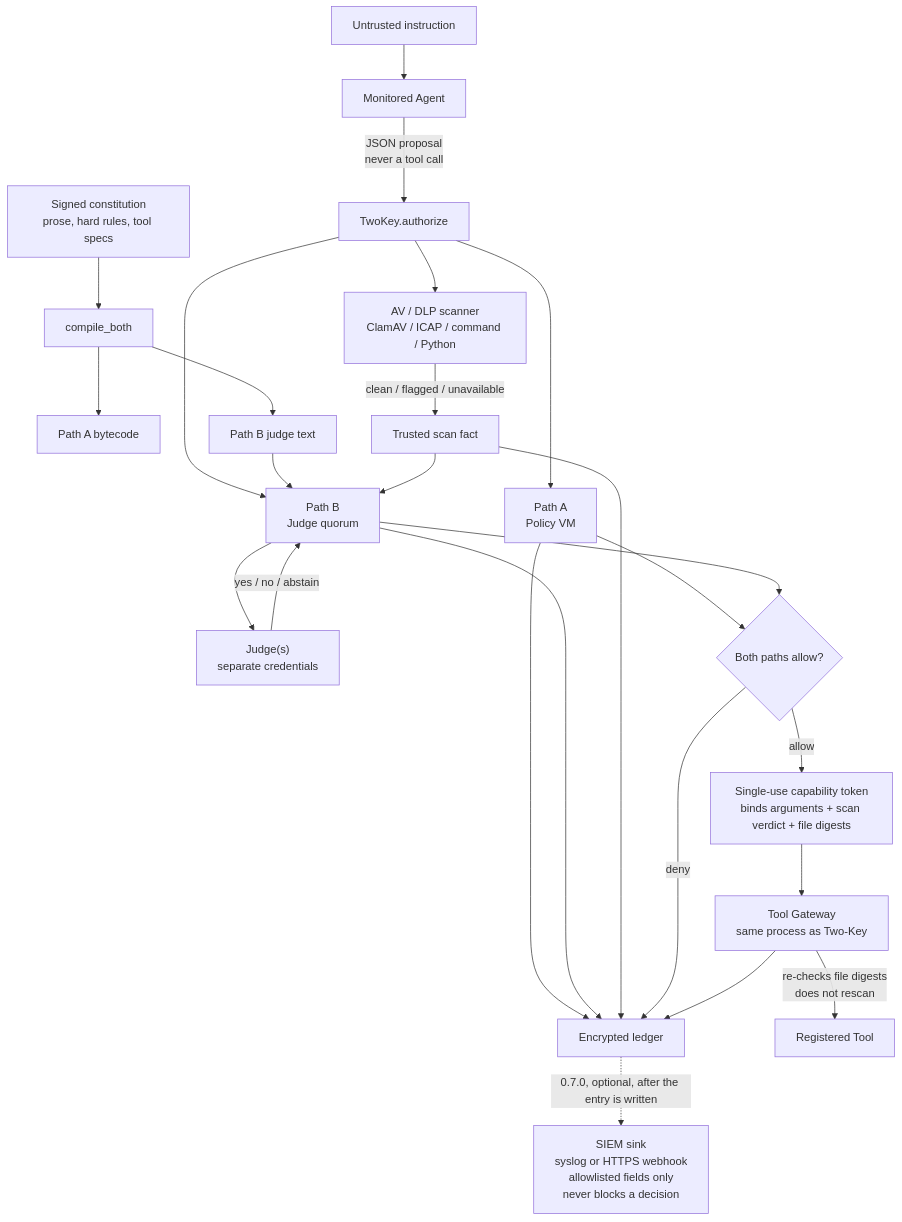
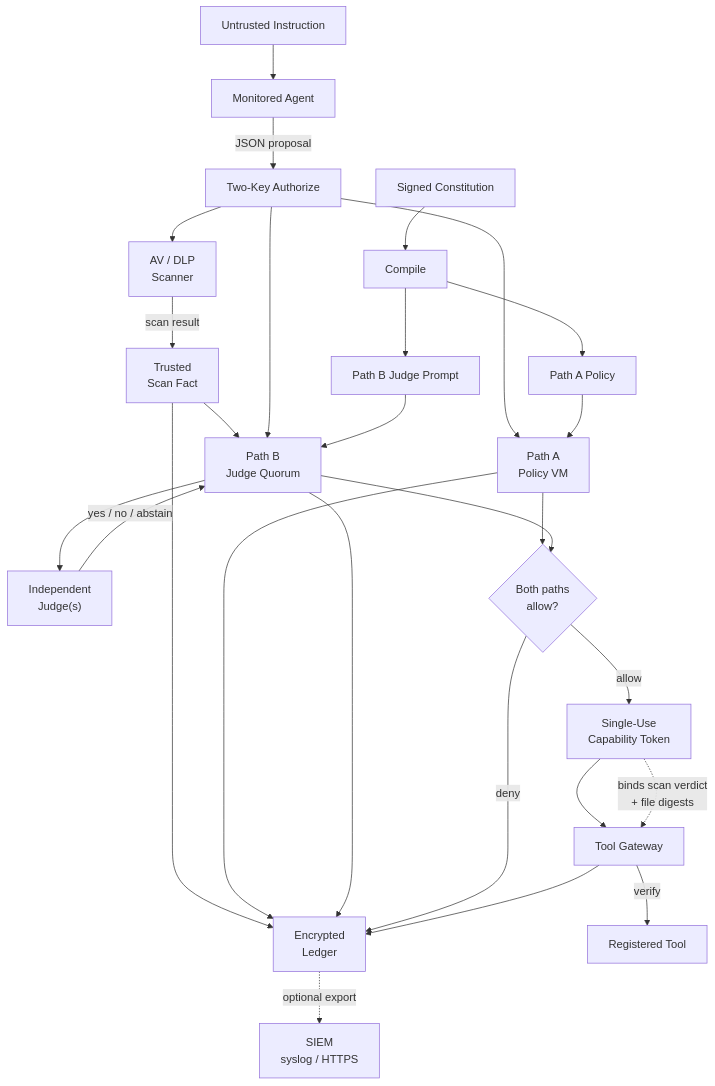
One commit to Insomniac-VibeLabs/two-key changed the second of 4 diagrams in README.md. Above: the diagram before and after it, drawn with Mermaid.

````diff
--- a/README.md
+++ b/README.md
@@ -269,27 +269,43 @@
 ```mermaid
 flowchart TD
-  constitution["Signed constitution<br/>prose, hard rules, tool specs"] --> compile["compile_both"]
-  compile --> bytecode["Path A bytecode"]
-  compile --> judgeText["Path B judge text"]
-  instruction["Untrusted instruction"] --> agent["Monitored Agent"]
-  agent -->|"JSON proposal<br/>never a tool call"| authorize["TwoKey.authorize"]
-  authorize --> scanner["AV / DLP scanner<br/>ClamAV / ICAP / command / Python"]
-  scanner -->|"clean / flagged / unavailable"| scan["Trusted scan fact"]
+  constitution["Signed Constitution"] --> compile["Compile"]
+  compile --> bytecode["Path A Policy"]
+  compile --> judgeText["Path B Judge Prompt"]
+
+  instruction["Untrusted Instruction"] --> agent["Monitored Agent"]
+  agent -->|"JSON proposal"| authorize["Two-Key Authorize"]
+
   authorize --> pathA["Path A<br/>Policy VM"]
-  authorize --> pathB["Path B<br/>Judge quorum"]
+
+  authorize --> scanner["AV / DLP<br/>Scanner"]
+  scanner -->|"scan result"| scanfact["Trusted<br/>Scan Fact"]
+
+  scanfact --> pathB["Path B<br/>Judge Quorum"]
+  scanfact --> ledger["Encrypted<br/>Ledger"]
+
+  authorize --> pathB
   judgeText --> pathB
-  scan --> pathB
-  pathB --> judges["Judge(s)<br/>separate credentials"]
+
+  pathB --> judges["Independent<br/>Judge(s)"]
   judges -->|"yes / no / abstain"| pathB
-  pathA --> gate{"Both paths allow?"}
+
+  bytecode --> pathA
+
+  pathA --> gate{"Both paths<br/>allow?"}
   pathB --> gate
-  pathA --> ledger["Encrypted ledger"]
+
+  pathA --> ledger
   pathB --> ledger
-  scan --> ledger
+
   gate -->|"deny"| ledger
-  gate -->|"allow"| token["Single-use capability token<br/>binds arguments + scan verdict + file digests"]
-  token --> gateway["Tool Gateway<br/>same process as Two-Key"]
-  gateway -->|"re-checks file digests<br/>does not rescan"| tool["Registered Tool"]
+  gate -->|"allow"| token["Single-Use<br/>Capability Token"]
+
+  token --> gateway["Tool Gateway"]
+
+  token -.->|"binds scan verdict<br/>+ file digests"| gateway
+
+  gateway -->|"verify"| tool["Registered Tool"]
   gateway --> ledger
-  ledger -.->|"0.7.0, optional, after the entry is written"| siem["SIEM sink<br/>syslog or HTTPS webhook<br/>allowlisted fields only<br/>never blocks a decision"]
+
+  ledger -.->|"optional export"| siem["SIEM<br/>syslog / HTTPS"]
 ```
````
